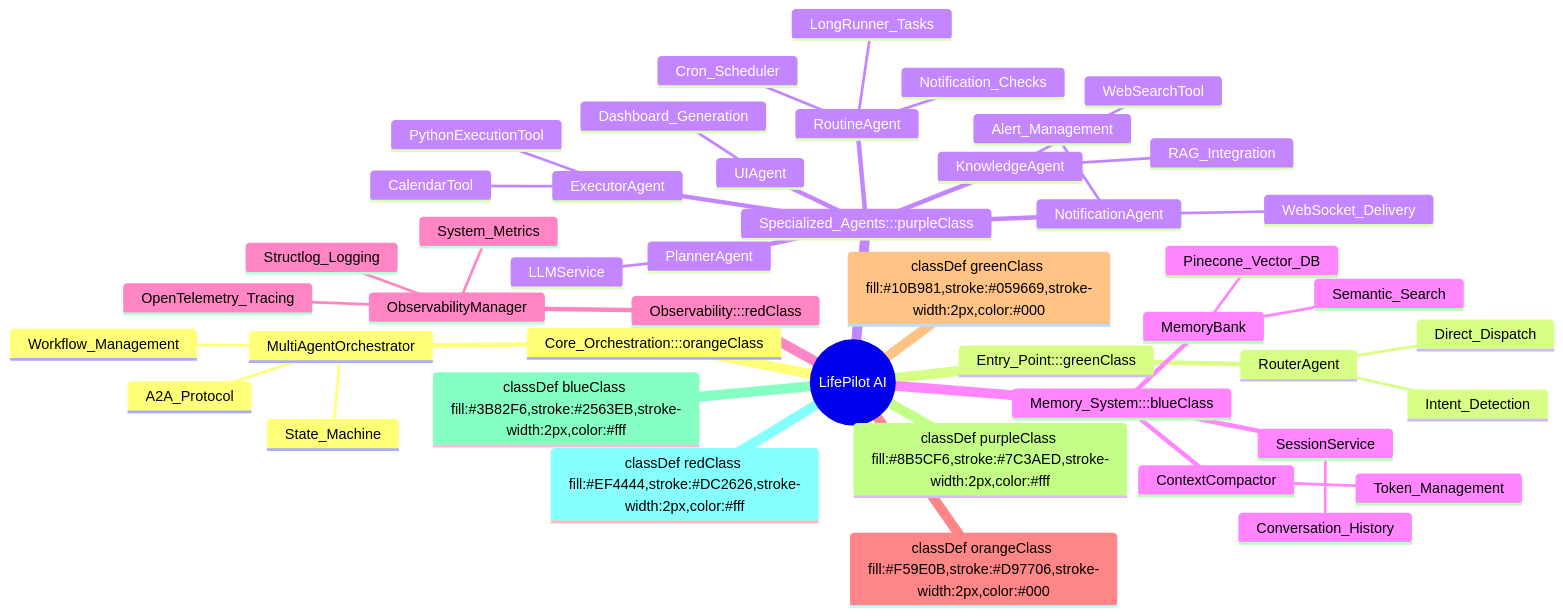
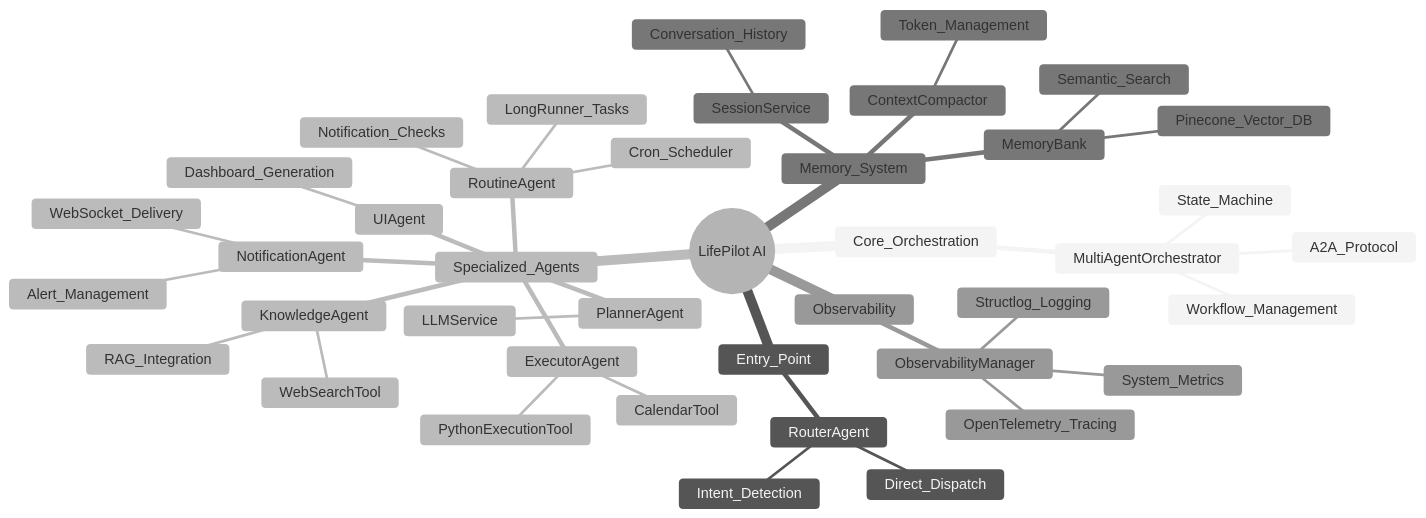
Before and after one commit to JayChauhan3/lifepilot: the second of 2 diagrams in README.md, drawn with Mermaid. The commit also changed other lines of this file, not shown here.

````diff
--- a/README.md
+++ b/README.md
@@ -140,50 +137,45 @@
 ```mermaid
+%%{init: {'theme': 'neutral', 'themeVariables': { 'primaryColor': '#E0E7FF', 'primaryTextColor': '#1E293B', 'primaryBorderColor': '#4F46E5', 'lineColor': '#94A3B8', 'secondaryColor': '#D1FAE5', 'secondaryTextColor': '#1E293B', 'secondaryBorderColor': '#10B981', 'tertiaryColor': '#FEF3C7', 'tertiaryTextColor': '#1E293B', 'tertiaryBorderColor': '#F59E0B'}}}%%
 mindmap
   root((LifePilot AI))
-    Core_Orchestration:::orangeClass
+    Core_Orchestration
       MultiAgentOrchestrator
         Workflow_Management
         State_Machine
         A2A_Protocol
-    Entry_Point:::greenClass
+    Entry_Point
       RouterAgent
         Intent_Detection
         Direct_Dispatch
-    Specialized_Agents:::purpleClass
+    Specialized_Agents
       PlannerAgent
         LLMService
       ExecutorAgent
         CalendarTool
         PythonExecutionTool
       KnowledgeAgent
         WebSearchTool
         RAG_Integration
       NotificationAgent
         Alert_Management
         WebSocket_Delivery
       RoutineAgent
         Cron_Scheduler
         LongRunner_Tasks
         Notification_Checks
       UIAgent
         Dashboard_Generation
-    Memory_System:::blueClass
+    Memory_System
       MemoryBank
         Pinecone_Vector_DB
         Semantic_Search
       SessionService
         Conversation_History
       ContextCompactor
         Token_Management
-    Observability:::redClass
+    Observability
       ObservabilityManager
         OpenTelemetry_Tracing
         Structlog_Logging
         System_Metrics
-        
-    classDef orangeClass fill:#F59E0B,stroke:#D97706,stroke-width:2px,color:#000
-    classDef greenClass fill:#10B981,stroke:#059669,stroke-width:2px,color:#000
-    classDef purpleClass fill:#8B5CF6,stroke:#7C3AED,stroke-width:2px,color:#fff
-    classDef blueClass fill:#3B82F6,stroke:#2563EB,stroke-width:2px,color:#fff
-    classDef redClass fill:#EF4444,stroke:#DC2626,stroke-width:2px,color:#fff
 ```
````
